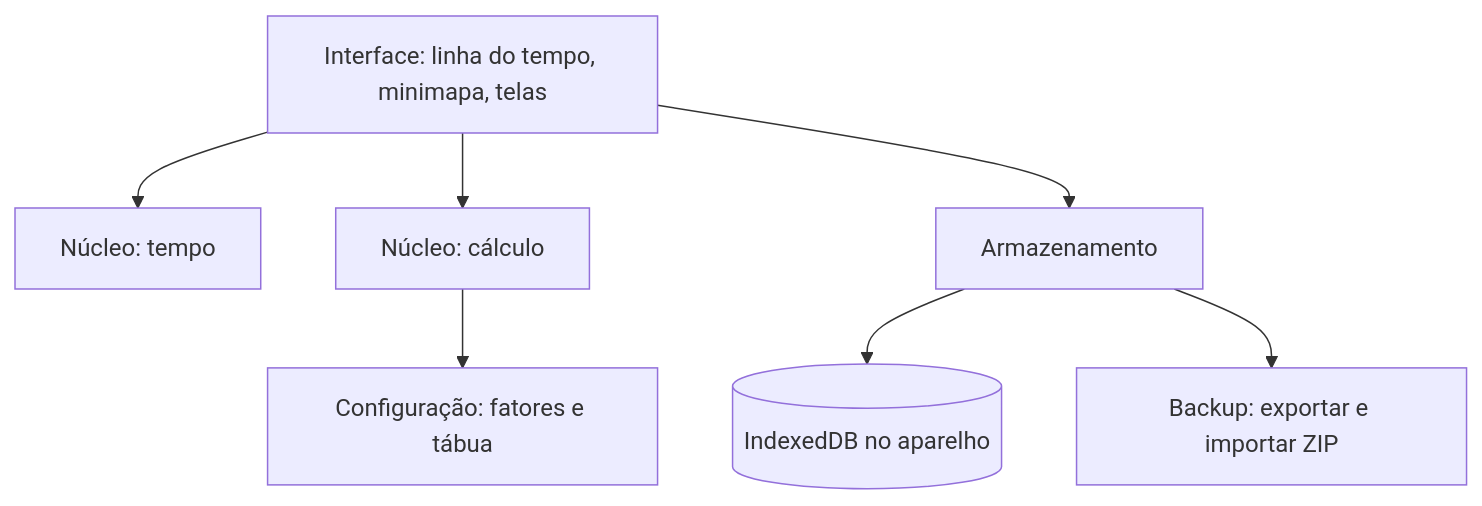
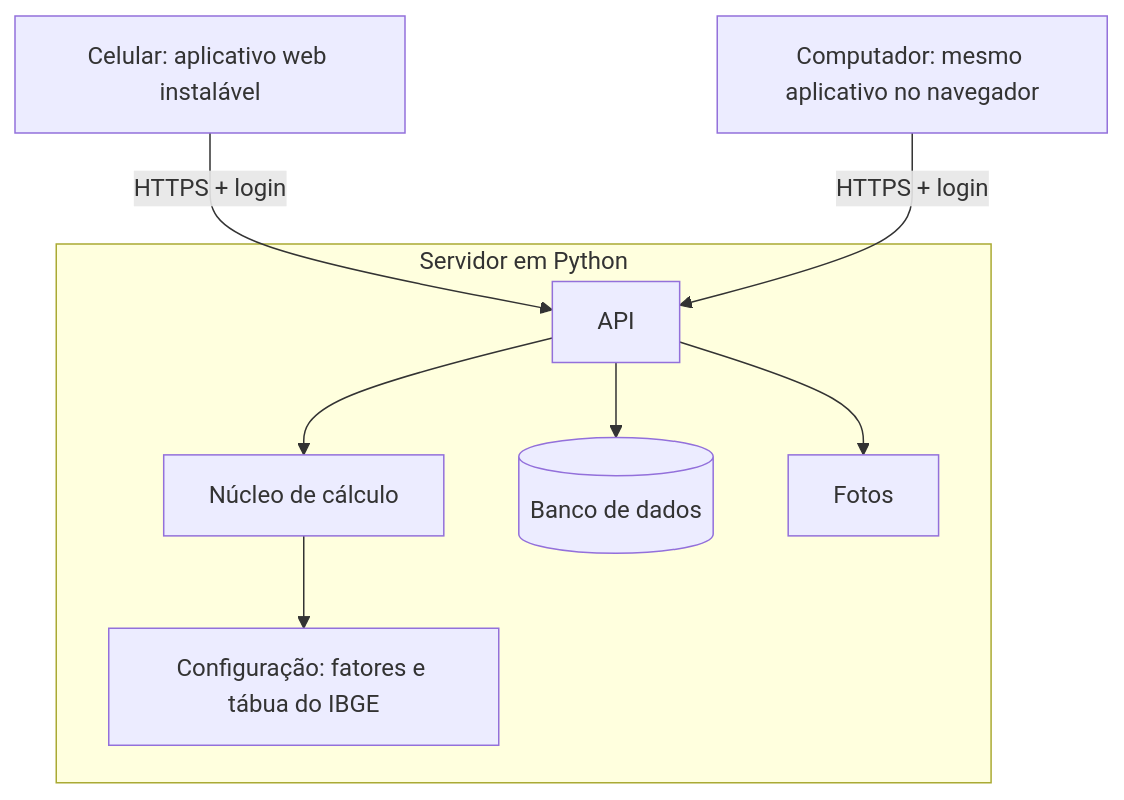
One commit to Allandpn/LifeJourney changed the diagram in docs/06-arquitetura.md. Above: the diagram before and after it, drawn with Mermaid. The commit also changed other lines of this file and 8 other files, not shown here.

First line of the commit message:
Atualiza a documentação para celular, login e servidor em Python

````diff
--- a/docs/06-arquitetura.md
+++ b/docs/06-arquitetura.md
@@ -21,9 +7,11 @@
 ```mermaid
 flowchart TD
-    UI[Interface: linha do tempo, minimapa, telas] --> NT[Núcleo: tempo]
-    UI --> NC[Núcleo: cálculo]
-    UI --> AR[Armazenamento]
-    NC --> CFG[Configuração: fatores e tábua]
-    AR --> BD[(IndexedDB no aparelho)]
-    AR --> BK[Backup: exportar e importar ZIP]
+    C[Celular: aplicativo web instalável] -->|HTTPS + login| API
+    D[Computador: mesmo aplicativo no navegador] -->|HTTPS + login| API
+    subgraph Servidor em Python
+      API[API] --> NC[Núcleo de cálculo]
+      API --> BD[(Banco de dados)]
+      API --> FT[Fotos]
+      NC --> CFG[Configuração: fatores e tábua do IBGE]
+    end
 ```
````
